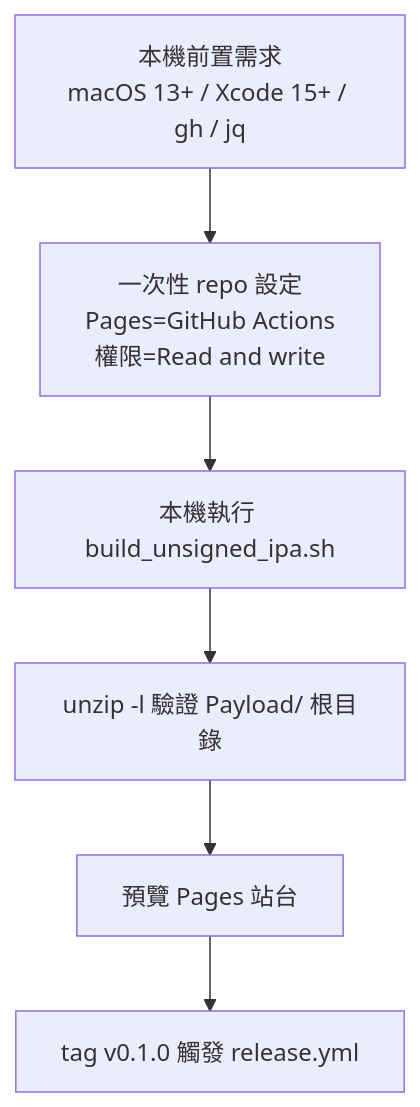
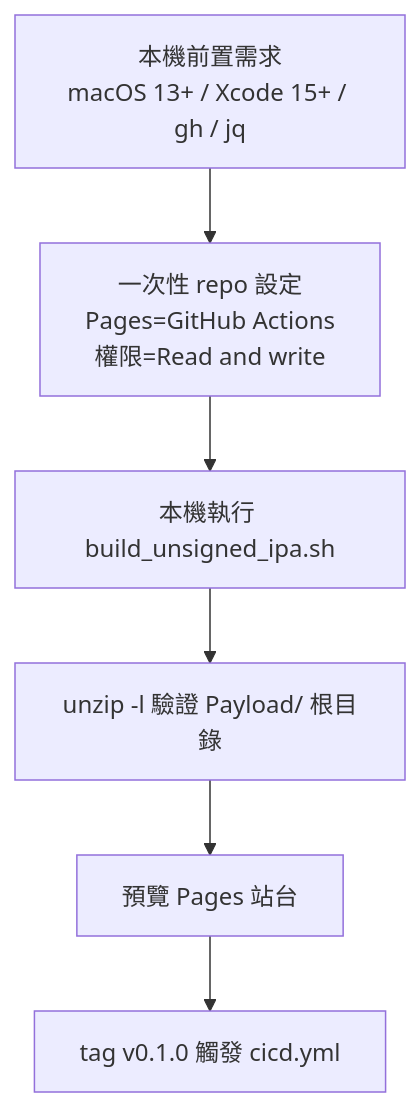
One commit to Mcc-Mak/ios-app changed the diagram in docbase/setup.md. Above: the diagram before and after it, drawn with Mermaid. The commit also changed other lines of this file and 28 other files, not shown here.

First line of the commit message:
feat: 整併為單一工作流程 cicd.yml 並重寫入口網站側載教學

````diff
--- a/docbase/setup.md
+++ b/docbase/setup.md
@@ -5,8 +5,8 @@
 ```mermaid
 flowchart TD
   pre["本機前置需求<br/>macOS 13+ / Xcode 15+ / gh / jq"] --> repo["一次性 repo 設定<br/>Pages=GitHub Actions<br/>權限=Read and write"]
   repo --> build["本機執行 build_unsigned_ipa.sh"]
   build --> verify["unzip -l 驗證 Payload/ 根目錄"]
   verify --> preview["預覽 Pages 站台"]
-  preview --> tag["tag v0.1.0 觸發 release.yml"]
+  preview --> tag["tag v0.1.0 觸發 cicd.yml"]
 ```
````
